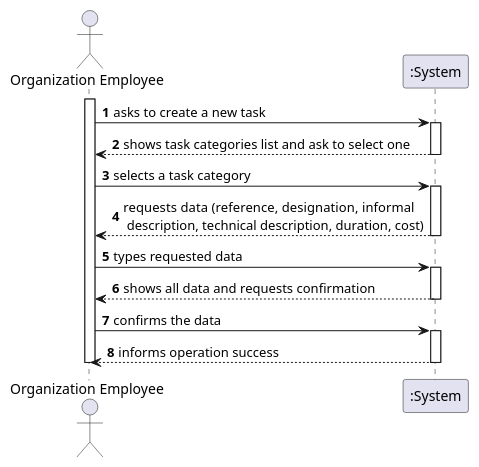
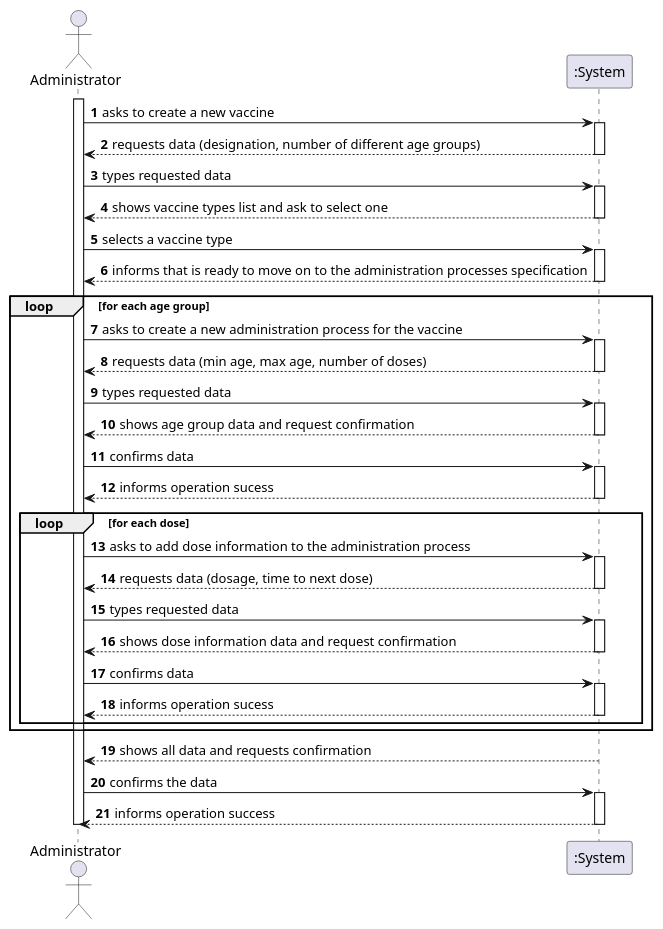
Before and after one commit to miseEnPlace-i/lapr2: the diagram in docs/SprintB/US13/SSD/US13_SSD_v2.puml, drawn with PlantUML. The commit also changed 3 other files, not shown here.

```diff
--- a/docs/SprintB/US13/SSD/US13_SSD_v2.puml
+++ b/docs/SprintB/US13/SSD/US13_SSD_v2.puml
@@ -1,28 +1,61 @@
 @startuml
 autonumber
-actor "Organization Employee" as OE
+actor "Administrator" as OE
 
 activate OE
-OE -> ":System" : asks to create a new task
+OE -> ":System" : asks to create a new vaccine
 activate ":System"
-":System" --> OE : shows task categories list and ask to select one
-deactivate ":System"
-
-OE -> ":System" : selects a task category
-activate ":System"
-":System" --> OE : requests data (reference, designation,  informal \n description, technical description, duration, cost)
+":System" --> OE : requests data (designation, number of different age groups)
 deactivate ":System"
 
 OE -> ":System" : types requested data
 activate ":System"
+":System" --> OE : shows vaccine types list and ask to select one
+deactivate ":System"
+
+OE -> ":System" : selects a vaccine type
+activate ":System"
+":System" --> OE : informs that is ready to move on to the administration processes specification
+deactivate ":System"
+
+
+loop for each age group
+    OE -> ":System" : asks to create a new administration process for the vaccine
+    activate ":System"
+    ":System" --> OE : requests data (min age, max age, number of doses)
+    deactivate ":System"
+    OE -> ":System" : types requested data
+    activate ":System"
+    ":System" --> OE : shows age group data and request confirmation
+    deactivate ":System"
+    OE -> ":System" : confirms data
+    activate ":System"
+    ":System" --> OE : informs operation sucess
+    deactivate ":System"
+    loop for each dose
+        OE -> ":System" : asks to add dose information to the administration process
+        activate ":System"
+        ":System" --> OE : requests data (dosage, time to next dose)
+        deactivate ":System"
+        OE -> ":System" : types requested data
+        activate ":System"
+        ":System" --> OE : shows dose information data and request confirmation
+        deactivate ":System"
+        OE -> ":System" : confirms data
+        activate ":System"
+        ":System" --> OE : informs operation sucess
+        deactivate ":System"
+    end
+
+end
+
 ":System" --> OE : shows all data and requests confirmation
 deactivate ":System"
-
 OE -> ":System" : confirms the data
 activate ":System"
 ":System" --> OE : informs operation success
 deactivate ":System"
 
 deactivate OE
 
 @enduml
```
